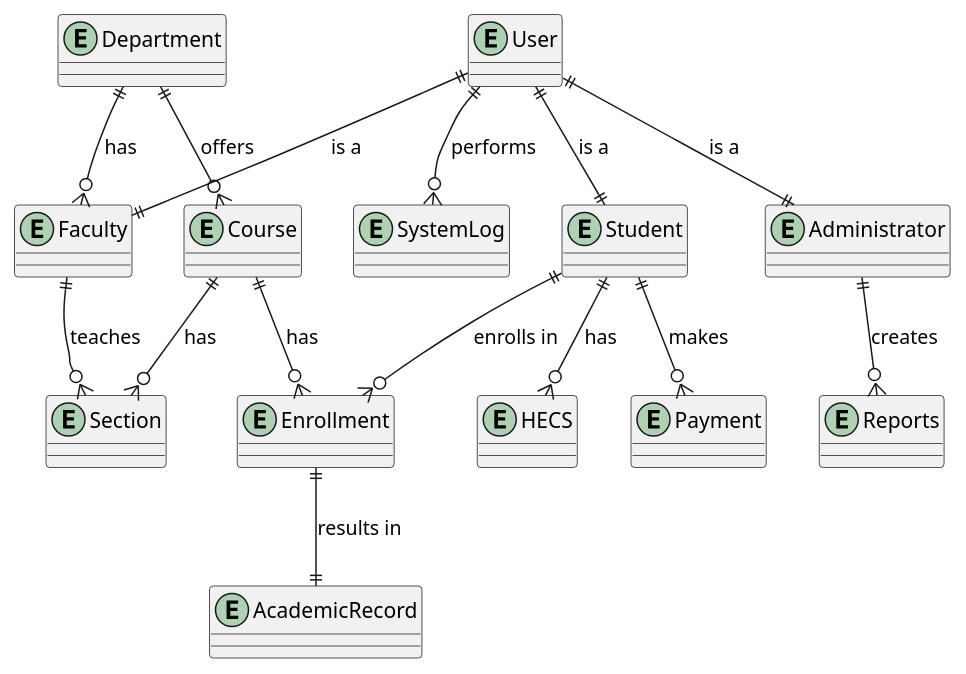
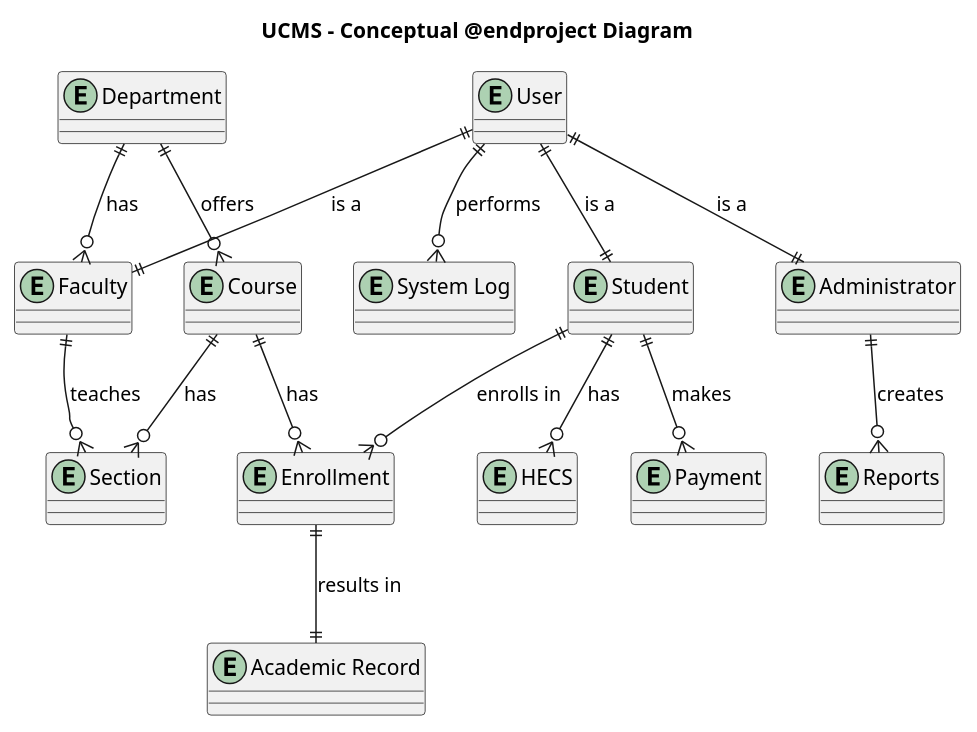
One commit to Mukundks2004/SoftwareArchC4Group changed the diagram in Conceptual_ERD.puml. Above: the diagram before and after it, drawn with PlantUML. The commit also changed 2 other files, not shown here.

Commit message:
Add titles to ERD - further normalisation next commit

```diff
--- a/Conceptual_ERD.puml
+++ b/Conceptual_ERD.puml
@@ -1,47 +1,34 @@
 @startuml UCMS_Conceptual_ERD
 
+title UCMS - Conceptual @endproject Diagram
+
 entity "User" as User
-
 entity "Student" as Student
-
 entity "Faculty" as Faculty
-
 entity "Administrator" as Administrator
-
 entity "Department" as Department
-
 entity "Course" as Course
-
 entity "Enrollment" as Enrollment
-
 entity "Section" as Section
-
-entity "AcademicRecord" as AcademicRecord
-
+entity "Academic Record" as AcademicRecord
 entity "HECS" as HECS
-
 entity "Reports" as Reports
-
 entity "Payment" as Payment
-
-entity "SystemLog" as SystemLog
-
-' Define relationships
+entity "System Log" as SystemLog
 
 User ||--|| Student : "is a"
 User ||--|| Faculty : "is a"
 User ||--|| Administrator : "is a"
-
 Student ||--o{ Enrollment : "enrolls in"
 Course ||--o{ Enrollment : "has"
 Course ||--o{ Section : "has"
 Faculty ||--o{ Section : "teaches"
 Department ||--o{ Faculty : "has"
 Department ||--o{ Course : "offers"
 Enrollment ||--|| AcademicRecord : "results in"
 Student ||--o{ HECS : "has"
 Administrator ||--o{ Reports : "creates"
 Student ||--o{ Payment : "makes"
 User ||--o{ SystemLog : "performs"
 
 @enduml
```
